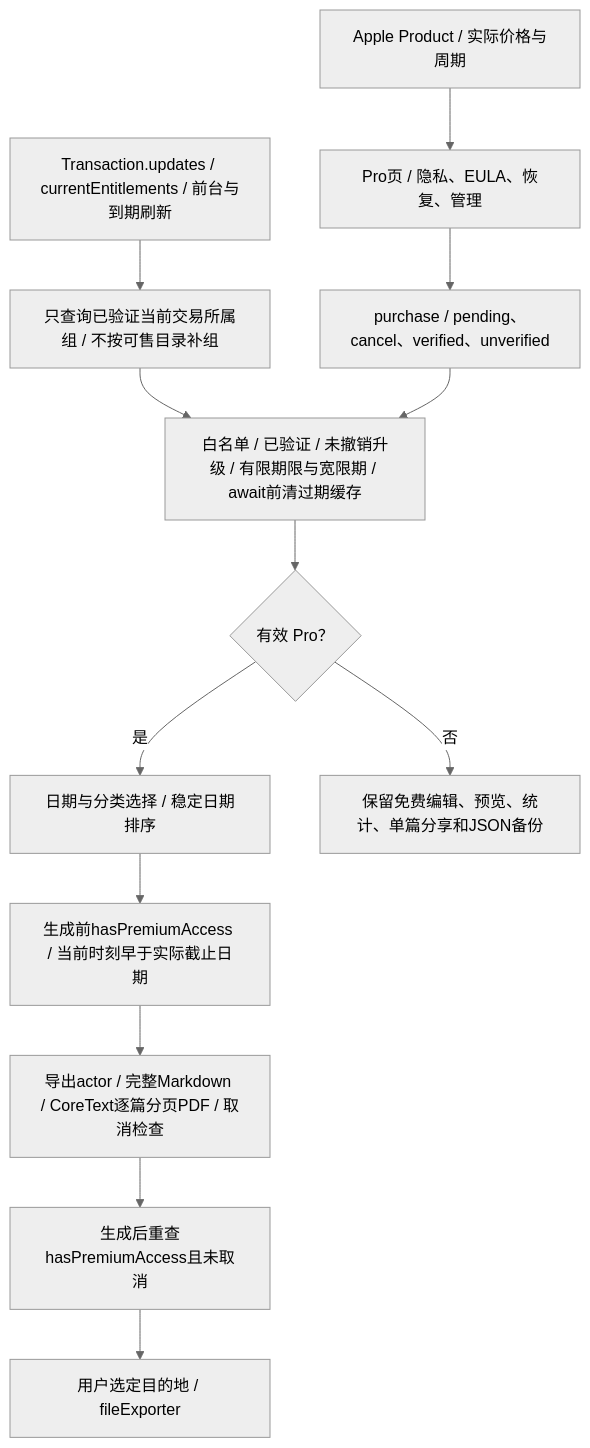
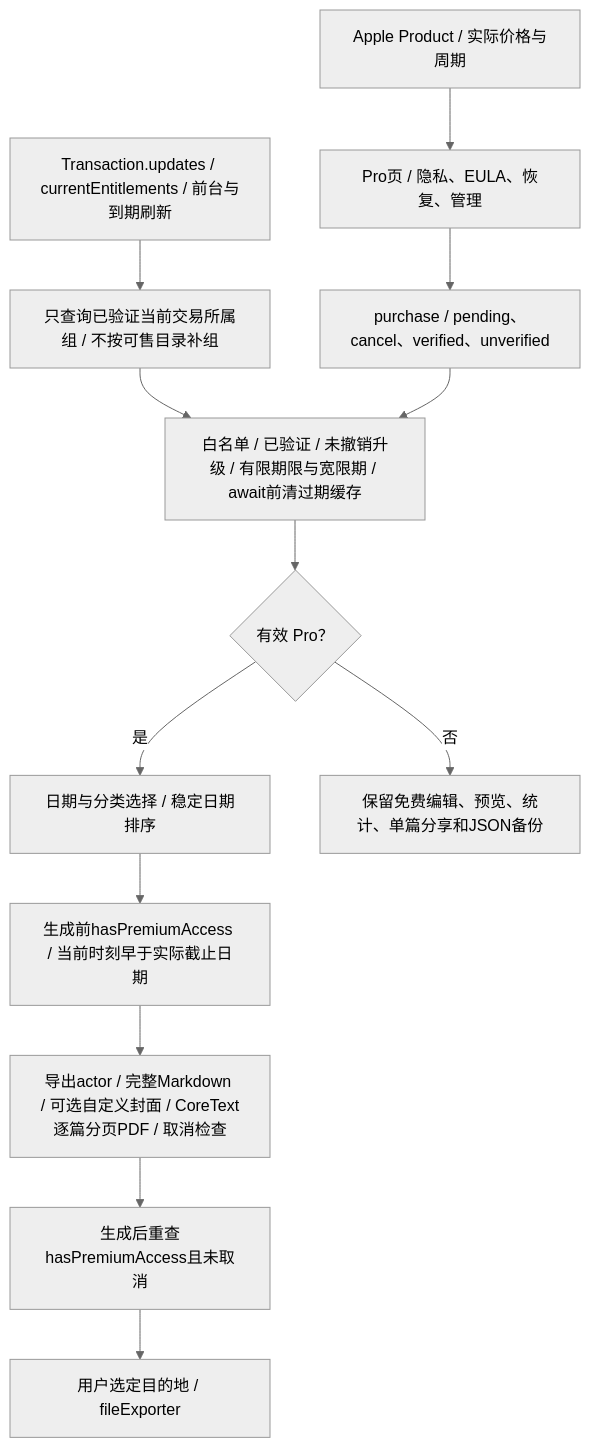
One commit to Altman-sam114/117 changed the third of 4 diagrams in md/flow/flowchart.md. Above: the diagram before and after it, drawn with Mermaid (neutral theme). The commit also changed other lines of this file and 30 other files, not shown here.

````diff
--- a/md/flow/flowchart.md
+++ b/md/flow/flowchart.md
@@ -51,15 +55,15 @@
 ```mermaid
 flowchart TD
   Products["Apple Product / 实际价格与周期"] --> Paywall["Pro页 / 隐私、EULA、恢复、管理"]
   Paywall --> Purchase["purchase / pending、cancel、verified、unverified"]
   Updates["Transaction.updates / currentEntitlements / 前台与到期刷新"] --> Groups["只查询已验证当前交易所属组 / 不按可售目录补组"]
   Groups --> Verify["白名单 / 已验证 / 未撤销升级 / 有限期限与宽限期 / await前清过期缓存"]
   Purchase --> Verify
   Verify --> Entitled{"有效 Pro？"}
   Entitled -- "是" --> Filter["日期与分类选择 / 稳定日期排序"]
   Filter --> Deadline["生成前hasPremiumAccess / 当前时刻早于实际截止日期"]
-  Deadline --> Actor["导出actor / 完整Markdown / CoreText逐篇分页PDF / 取消检查"]
+  Deadline --> Actor["导出actor / 完整Markdown / 可选自定义封面 / CoreText逐篇分页PDF / 取消检查"]
   Actor --> Recheck["生成后重查hasPremiumAccess且未取消"]
   Recheck --> Files["用户选定目的地 / fileExporter"]
   Entitled -- "否" --> Free["保留免费编辑、预览、统计、单篇分享和JSON备份"]
 ```
````
